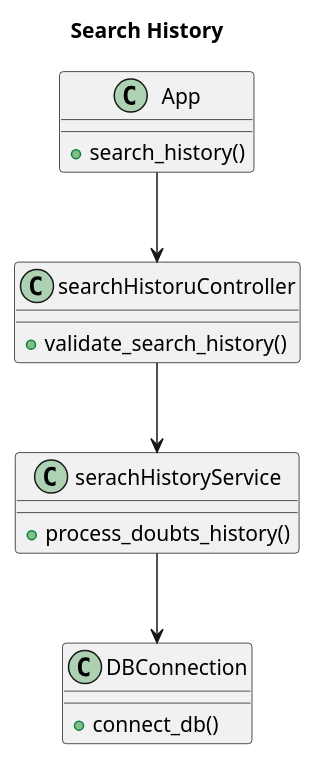
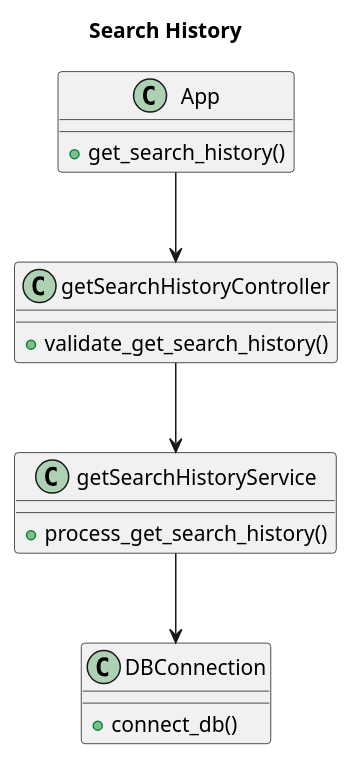
The diagram in ClassDiagrams/searchHistory.puml (ManojKumarSreeram/Tution), drawn with PlantUML before and after one commit. The commit also changed 6 other files, not shown here.

Commit message:
added search history and updated login and teacher registration

```diff
--- a/ClassDiagrams/searchHistory.puml
+++ b/ClassDiagrams/searchHistory.puml
@@ -1,24 +1,24 @@
 @startuml ""
 title Search History
 
 class App {
-    +search_history()
+    +get_search_history()
 }
 
-class searchHistoruController {
-    +validate_search_history()
+class getSearchHistoryController {
+    +validate_get_search_history()
 }
 
-class serachHistoryService {
-    +process_doubts_history()
+class getSearchHistoryService {
+    +process_get_search_history()
 }
 
 class DBConnection {
     +connect_db()
 }
 
-App --> searchHistoruController
-searchHistoruController --> serachHistoryService 
-serachHistoryService --> DBConnection
+App --> getSearchHistoryController
+getSearchHistoryController --> getSearchHistoryService 
+getSearchHistoryService --> DBConnection
 
 @enduml
```
